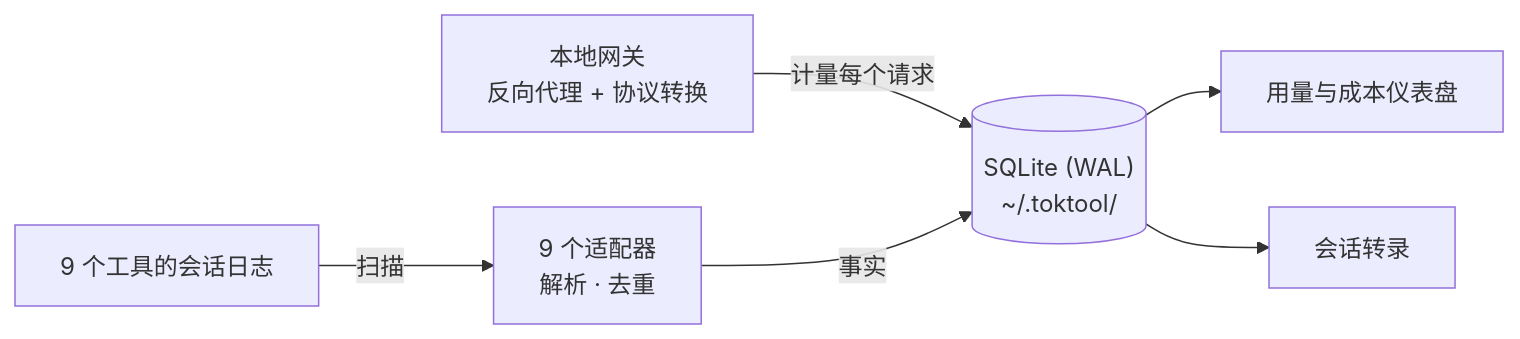
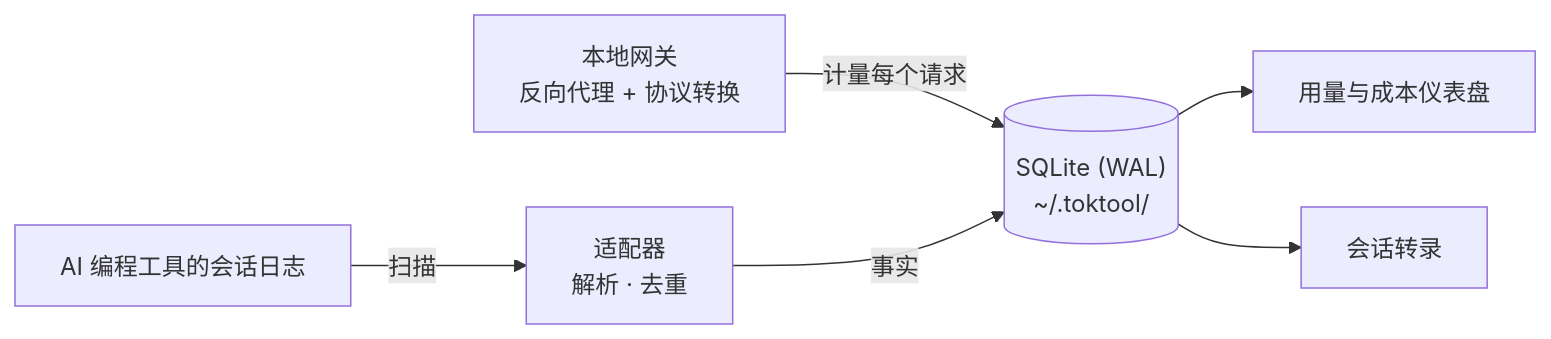
Before and after one commit to looplock/toktool: the diagram in README.zh-CN.md, drawn with Mermaid. The commit also changed other lines of this file and 5 other files, not shown here.

````diff
--- a/README.zh-CN.md
+++ b/README.zh-CN.md
@@ -94,8 +94,8 @@
 ```mermaid
 flowchart LR
-    logs["9 个工具的会话日志"] -->|扫描| adapters["9 个适配器<br/>解析 · 去重"]
+    logs["AI 编程工具的会话日志"] -->|扫描| adapters["适配器<br/>解析 · 去重"]
     gw["本地网关<br/>反向代理 + 协议转换"] -->|"计量每个请求"| db
     adapters -->|事实| db[("SQLite (WAL)<br/>~/.toktool/")]
     db --> dashboard["用量与成本仪表盘"]
     db --> transcripts["会话转录"]
 ```
````
